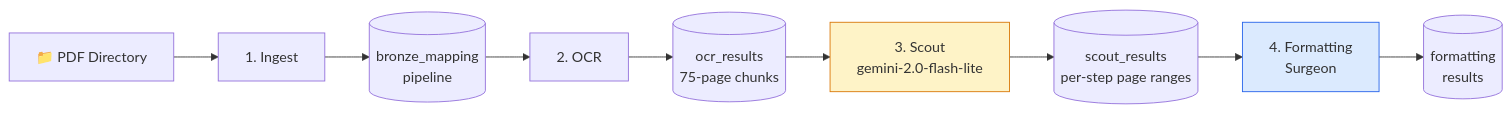
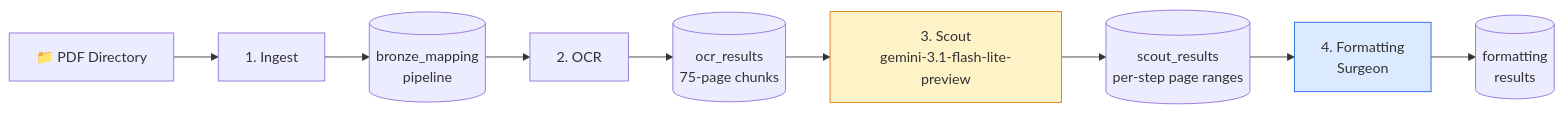
One commit to ArthurrMrv/research_ocr_pipeline changed the first of 8 diagrams in README.md. Above: the diagram before and after it, drawn with Mermaid. The commit also changed other lines of this file and 1 other file, not shown here.

````diff
--- a/README.md
+++ b/README.md
@@ -12,14 +12,14 @@
 ```mermaid
 flowchart LR
     A[📁 PDF Directory] --> B[1. Ingest]
     B --> C[(bronze_mapping\npipeline)]
     C --> D[2. OCR]
     D --> E[(ocr_results\n75-page chunks)]
-    E --> F[3. Scout\ngemini-2.0-flash-lite]
+    E --> F[3. Scout\ngemini-3.1-flash-lite-preview]
     F --> G[(scout_results\nper-step page ranges)]
     G --> H[4. Formatting\nSurgeon]
     H --> I[(formatting\nresults)]
 
     style F fill:#fef3c7,stroke:#d97706
     style H fill:#dbeafe,stroke:#2563eb
 ```
````
